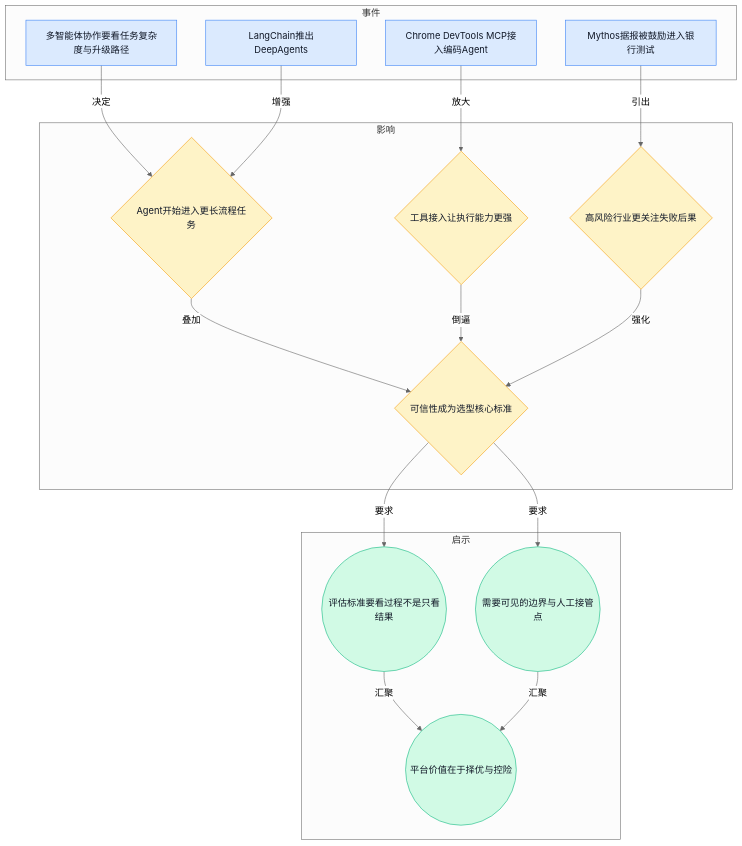
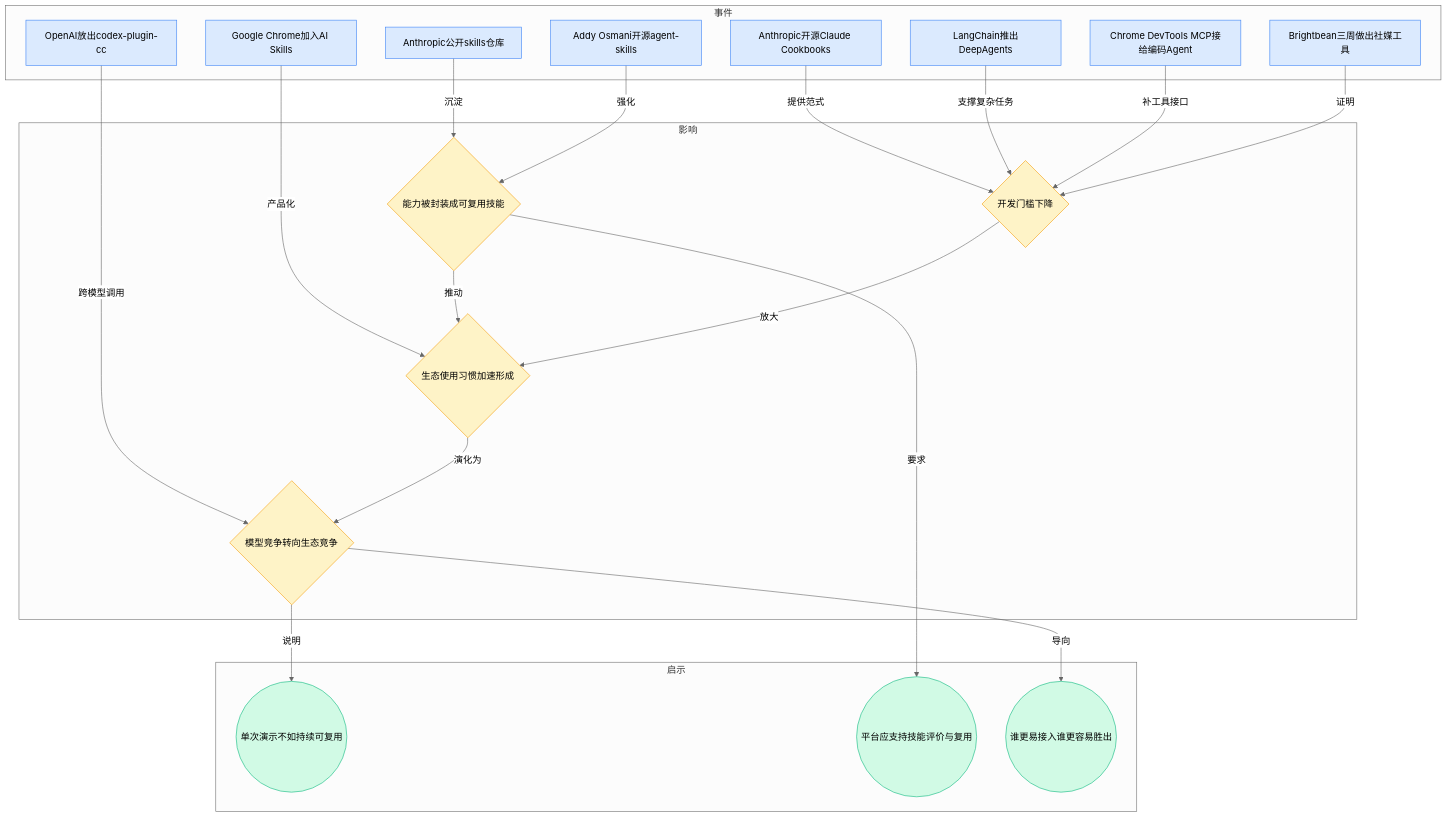
The sixth of 8 diagrams in content/cn/blog/weekly/2026-W16.md (ylzsdafei/ai-daily-site), drawn with Mermaid (neutral theme) before and after one commit. The commit also changed other lines of this file and 6 other files, not shown here.

````diff
--- a/content/cn/blog/weekly/2026-W16.md
+++ b/content/cn/blog/weekly/2026-W16.md
@@ -158,37 +172,44 @@
 ```mermaid
 graph TD
 subgraph 事件
-A[多智能体协作要看任务复杂度与升级路径]
-B[LangChain推出DeepAgents]
-C[Chrome DevTools MCP接入编码Agent]
-D[Mythos据报被鼓励进入银行测试]
+A[Anthropic开源Claude Cookbooks]
+B[Anthropic公开skills仓库]
+C[Addy Osmani开源agent-skills]
+D[LangChain推出DeepAgents]
+E[Chrome DevTools MCP接给编码Agent]
+F[OpenAI放出codex-plugin-cc]
+G[Brightbean三周做出社媒工具]
+H[Google Chrome加入AI Skills]
 end
 subgraph 影响
-E{Agent开始进入更长流程任务}
-F{工具接入让执行能力更强}
-G{高风险行业更关注失败后果}
-H{可信性成为选型核心标准}
+I{能力被封装成可复用技能}
+J{开发门槛下降}
+K{生态使用习惯加速形成}
+L{模型竞争转向生态竞争}
 end
 subgraph 启示
-I((评估标准要看过程不是只看结果))
-J((需要可见的边界与人工接管点))
-K((平台价值在于择优与控险))
+M((单次演示不如持续可复用))
+N((平台应支持技能评价与复用))
+O((谁更易接入谁更容易胜出))
 end
-A -->|决定| E
-B -->|增强| E
-C -->|放大| F
-D -->|引出| G
-E -->|叠加| H
-F -->|倒逼| H
-G -->|强化| H
-H -->|要求| I
-H -->|要求| J
-I -->|汇聚| K
-J -->|汇聚| K
-classDef blue fill:#dbeafe,stroke:#3b82f6,color:#111827
-classDef yellow fill:#fef3c7,stroke:#f59e0b,color:#111827
-classDef green fill:#d1fae5,stroke:#10b981,color:#111827
-class A,B,C,D blue
-class E,F,G,H yellow
-class I,J,K green
+A -->|提供范式| J
+B -->|沉淀| I
+C -->|强化| I
+D -->|支撑复杂任务| J
+E -->|补工具接口| J
+F -->|跨模型调用| L
+G -->|证明| J
+H -->|产品化| K
+I -->|推动| K
+J -->|放大| K
+K -->|演化为| L
+L -->|说明| M
+I -->|要求| N
+L -->|导向| O
+classDef blue fill:#dbeafe,stroke:#3b82f6
+classDef yellow fill:#fef3c7,stroke:#f59e0b
+classDef green fill:#d1fae5,stroke:#10b981
+class A,B,C,D,E,F,G,H blue
+class I,J,K,L yellow
+class M,N,O green
 ```
````
